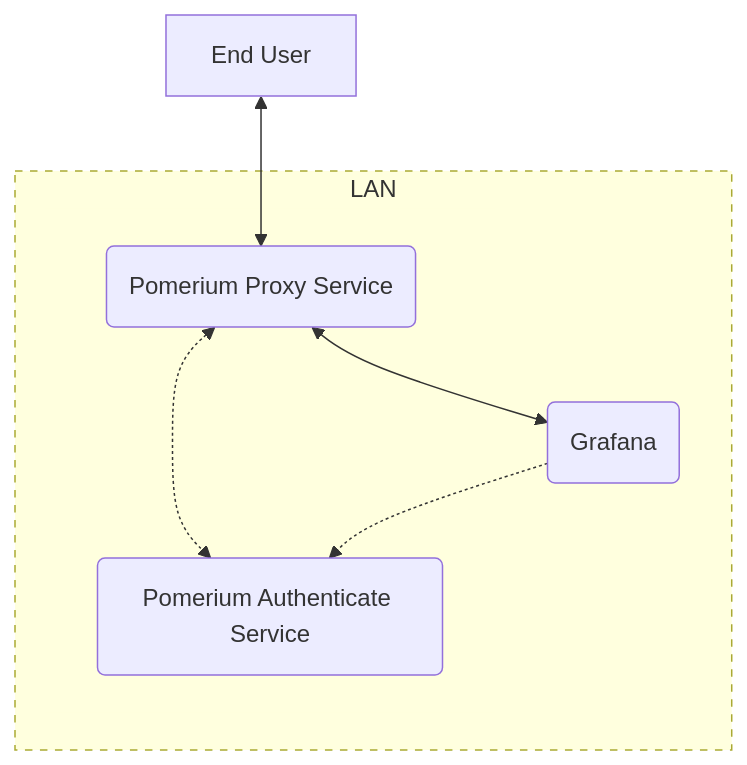
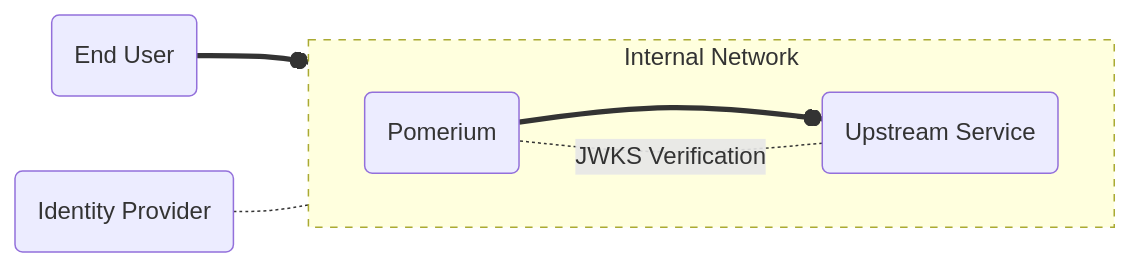
One commit to pomerium/pomerium changed the third of 16 diagrams in docs/docs/topics/mutual-auth.md. Above: the diagram before and after it, drawn with Mermaid. The commit also changed other lines of this file and 1 other file, not shown here.

````diff
--- a/docs/docs/topics/mutual-auth.md
+++ b/docs/docs/topics/mutual-auth.md
@@ -86,17 +85,15 @@
 ```mermaid
-flowchart TD
-    D[End User]
-    D<-->A
-    subgraph LAN
-    style LAN stroke-dasharray: 5 5
-        subgraph Pomerium [ ];
-        style Pomerium stroke-width: 0
-            A(Pomerium Proxy Service)
-            B(Pomerium Authenticate Service)
-        end
-            C(Grafana)
-    end
-    A <-.-> B
-    A <--> C
-    C -.-> B
+flowchart LR
+  D(End User)
+  C(Identity Provider)
+  D==oA
+  subgraph lan[Internal Network]
+    direction LR
+    style lan stroke-dasharray: 5 5
+    A(Pomerium)
+    B(Upstream Service)
+    A ==o B
+  end
+  B-.JWKS Verification.-A
+  C-.-A
 ```
````
